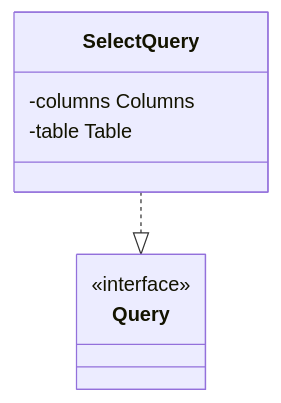
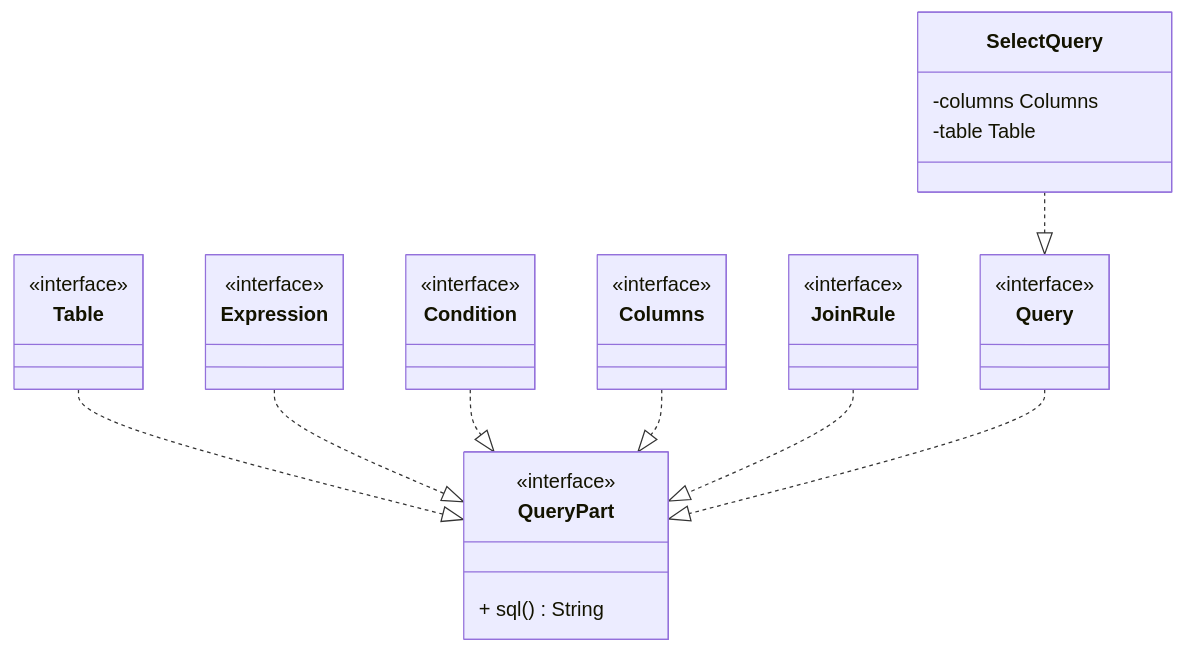
Before and after one commit to safarislava/QueryBricks: the sixth of 10 diagrams in docs/domain.md, drawn with Mermaid. The commit also changed other lines of this file, not shown here.

Commit message:
docs: Add formation of SQL

````diff
--- a/docs/domain.md
+++ b/docs/domain.md
@@ -211,15 +204,43 @@
 ```mermaid
 classDiagram
-    %% подумать над механизмом кодирования в SQL
-    %% сейчас я думаю что нужен интерфейс QueryPart : content() String, которые будет реализовываться всем попало
-    %% ну или просто оверайдить toString()
+    class QueryPart {
+        <<interface>>
+        + sql() String
+    }
+
+    class Table {
+        <<interface>>
+    }
+    Table ..|> QueryPart
+
+    class Expression {
+        <<interface>>
+    }
+    Expression ..|> QueryPart
+
+    class Condition {
+        <<interface>>
+    }
+    Condition ..|> QueryPart
+
+    class Columns {
+        <<interface>>
+    }
+    Columns ..|> QueryPart
+
+    class JoinRule {
+        <<interface>>
+    }
+    JoinRule ..|> QueryPart
+
     class Query {
         <<interface>>
     }
+    Query ..|> QueryPart
 
     class SelectQuery {
         -columns Columns
         -table Table
     }
     SelectQuery ..|> Query
 ```
````
